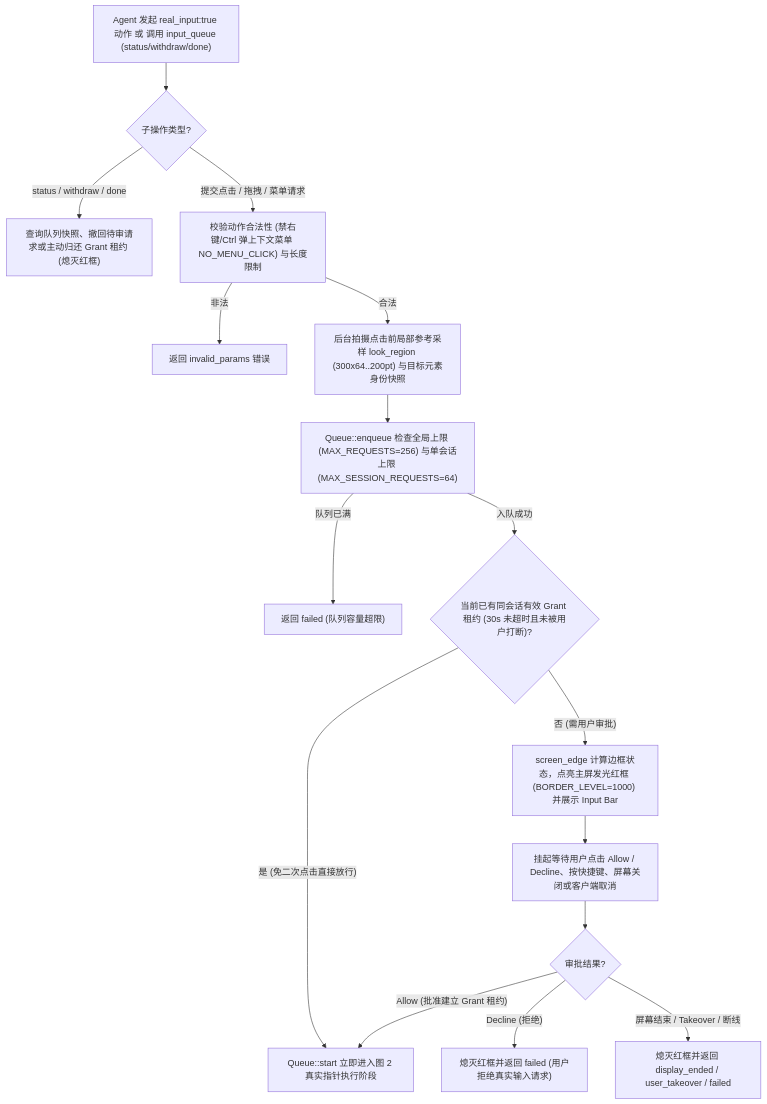
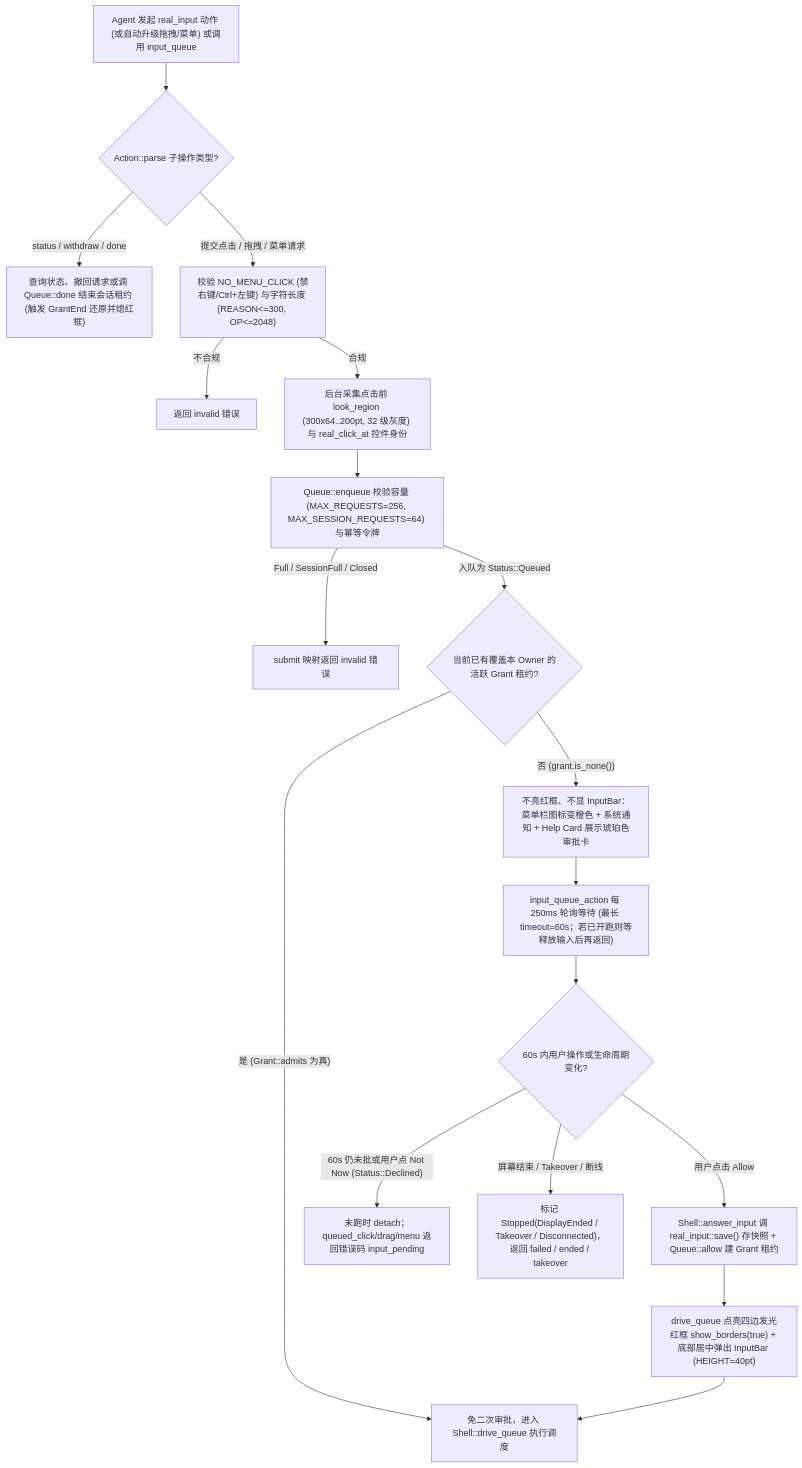
One commit to Fanzzzd/agent-screen changed the first of 2 diagrams in docs/flows/06-input-queue-and-real-input.md. Above: the diagram before and after it, drawn with Mermaid. The commit also changed other lines of this file and 16 other files, not shown here.

First line of the commit message:
docs(docs): audit flow maps row by row with source quotes

````diff
--- a/docs/flows/06-input-queue-and-real-input.md
+++ b/docs/flows/06-input-queue-and-real-input.md
@@ -15,18 +15,20 @@
 ```mermaid
 flowchart TD
-    Q1["Agent 发起 real_input:true 动作 或 调用 input_queue (status/withdraw/done)"] --> Q2{"子操作类型?"}
-    Q2 -->|"status / withdraw / done"| QR1["查询队列快照、撤回待审请求或主动归还 Grant 租约 (熄灭红框)"]
-    Q2 -->|"提交点击 / 拖拽 / 菜单请求"| Q3["校验动作合法性 (禁右键/Ctrl 弹上下文菜单 NO_MENU_CLICK) 与长度限制"]
-    Q3 -->|"非法"| QX1["返回 invalid_params 错误"]
-    Q3 -->|"合法"| Q4["后台拍摄点击前局部参考采样 look_region (300x64..200pt) 与目标元素身份快照"]
-    Q4 --> Q5["Queue::enqueue 检查全局上限 (MAX_REQUESTS=256) 与单会话上限 (MAX_SESSION_REQUESTS=64)"]
-    Q5 -->|"队列已满"| QX2["返回 failed (队列容量超限)"]
-    Q5 -->|"入队成功"| Q6{"当前已有同会话有效 Grant 租约 (30s 未超时且未被用户打断)?"}
-    Q6 -->|"是 (免二次点击直接放行)"| Q10["Queue::start 立即进入图 2 真实指针执行阶段"]
-    Q6 -->|"否 (需用户审批)"| Q7["screen_edge 计算边框状态，点亮主屏发光红框 (BORDER_LEVEL=1000) 并展示 Input Bar"]
-    Q7 --> Q8["挂起等待用户点击 Allow / Decline、按快捷键、屏幕关闭或客户端取消"]
-    Q8 --> Q9{"审批结果?"}
-    Q9 -->|"Decline (拒绝)"| QX3["熄灭红框并返回 failed (用户拒绝真实输入请求)"]
-    Q9 -->|"屏幕结束 / Takeover / 断线"| QX4["熄灭红框并返回 display_ended / user_takeover / failed"]
-    Q9 -->|"Allow (批准建立 Grant 租约)"| Q10
+    Q1["Agent 发起 real_input 动作 (或自动升级拖拽/菜单) 或调用 input_queue"] --> Q2{"Action::parse 子操作类型?"}
+    Q2 -->|"status / withdraw / done"| QR1["查询状态、撤回请求或调 Queue::done 结束会话租约 (触发 GrantEnd 还原并熄红框)"]
+    Q2 -->|"提交点击 / 拖拽 / 菜单请求"| Q3["校验 NO_MENU_CLICK (禁右键/Ctrl+左键) 与字符长度 (REASON<=300, OP<=2048)"]
+    Q3 -->|"不合规"| QX1["返回 invalid 错误"]
+    Q3 -->|"合规"| Q4["后台采集点击前 look_region (300x64..200pt, 32 级灰度) 与 real_click_at 控件身份"]
+    Q4 --> Q5["Queue::enqueue 校验容量 (MAX_REQUESTS=256, MAX_SESSION_REQUESTS=64) 与幂等令牌"]
+    Q5 -->|"Full / SessionFull / Closed"| QX2["submit 映射返回 invalid 错误"]
+    Q5 -->|"入队为 Status::Queued"| Q6{"当前已有覆盖本 Owner 的活跃 Grant 租约?"}
+    Q6 -->|"是 (Grant::admits 为真)"| Q10["免二次审批，进入 Shell::drive_queue 执行调度"]
+    Q6 -->|"否 (grant.is_none())"| Q7["不亮红框、不显 InputBar：菜单栏图标变橙色 + 系统通知 + Help Card 展示琥珀色审批卡"]
+    Q7 --> Q8["input_queue_action 每 250ms 轮询等待 (最长 timeout=60s；若已开跑则等释放输入后再返回)"]
+    Q8 --> Q9{"60s 内用户操作或生命周期变化?"}
+    Q9 -->|"60s 仍未批或用户点 Not Now (Status::Declined)"| QX3["未跑时 detach；queued_click/drag/menu 返回错误码 input_pending"]
+    Q9 -->|"屏幕结束 / Takeover / 断线"| QX4["标记 Stopped(DisplayEnded / Takeover / Disconnected)，返回 failed / ended / takeover"]
+    Q9 -->|"用户点击 Allow"| Q_ALLOW["Shell::answer_input 调 real_input::save() 存快照 + Queue::allow 建 Grant 租约"]
+    Q_ALLOW --> Q_IND["drive_queue 点亮四边发光红框 show_borders(true) + 底部居中弹出 InputBar (HEIGHT=40pt)"]
+    Q_IND --> Q10
 ```
````
